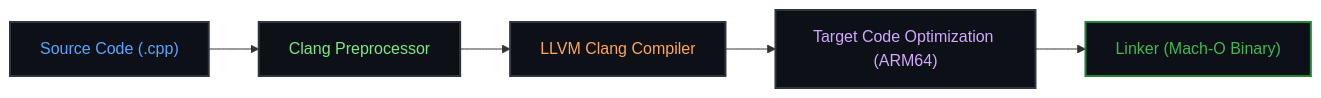
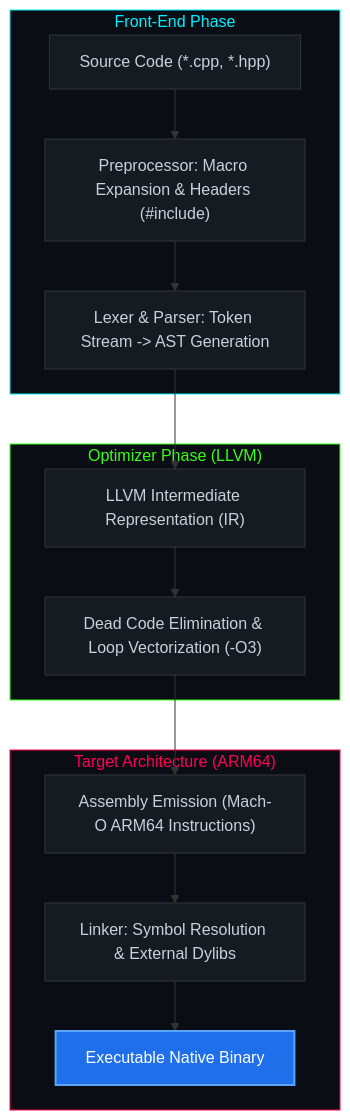
One commit to Shomay12/Working-with-Cpp changed the first of 3 diagrams in README.md. Above: the diagram before and after it, drawn with Mermaid. The commit also changed other lines of this file, not shown here.

Commit message:
docs: overhaul README with architecture diagrams, bit-level memory layout and terminal pipelines

````diff
--- a/README.md
+++ b/README.md
@@ -38,13 +44,30 @@
 ```mermaid
-flowchart LR
-    A["Source Code (.cpp)"] --> B["Clang Preprocessor"]
-    B --> C["LLVM Clang Compiler"]
-    C --> D["Target Code Optimization (ARM64)"]
-    D --> E["Linker (Mach-O Binary)"]
-    
-    style A fill:#0d1117,stroke:#30363d,stroke-width:2px,color:#58a6ff
-    style B fill:#0d1117,stroke:#30363d,stroke-width:2px,color:#7ee787
-    style C fill:#0d1117,stroke:#30363d,stroke-width:2px,color:#ffa657
-    style D fill:#0d1117,stroke:#30363d,stroke-width:2px,color:#d2a8ff
-    style E fill:#0d1117,stroke:#238636,stroke-width:2px,color:#3fb950
+flowchart TD
+    subgraph Frontend ["Front-End Phase"]
+        SRC["Source Code (*.cpp, *.hpp)"] --> PRE["Preprocessor: Macro Expansion & Headers (#include)"]
+        PRE --> LEX["Lexer & Parser: Token Stream -> AST Generation"]
+    end
+
+    subgraph Middle ["Optimizer Phase (LLVM)"]
+        LEX --> IR["LLVM Intermediate Representation (IR)"]
+        IR --> OPT["Dead Code Elimination & Loop Vectorization (-O3)"]
+    end
+
+    subgraph Backend ["Target Architecture (ARM64)"]
+        OPT --> ASM["Assembly Emission (Mach-O ARM64 Instructions)"]
+        ASM --> LINK["Linker: Symbol Resolution & External Dylibs"]
+        LINK --> ELF["Executable Native Binary"]
+    end
+
+    style Frontend fill:#0a0e14,stroke:#00f0ff,stroke-width:1px,color:#00f0ff
+    style Middle fill:#0a0e14,stroke:#39ff14,stroke-width:1px,color:#39ff14
+    style Backend fill:#0a0e14,stroke:#ff0055,stroke-width:1px,color:#ff0055
+    style SRC fill:#161b22,stroke:#30363d,color:#c9d1d9
+    style PRE fill:#161b22,stroke:#30363d,color:#c9d1d9
+    style LEX fill:#161b22,stroke:#30363d,color:#c9d1d9
+    style IR fill:#161b22,stroke:#30363d,color:#c9d1d9
+    style OPT fill:#161b22,stroke:#30363d,color:#c9d1d9
+    style ASM fill:#161b22,stroke:#30363d,color:#c9d1d9
+    style LINK fill:#161b22,stroke:#30363d,color:#c9d1d9
+    style ELF fill:#1f6feb,stroke:#58a6ff,stroke-width:2px,color:#ffffff
 ```
````
